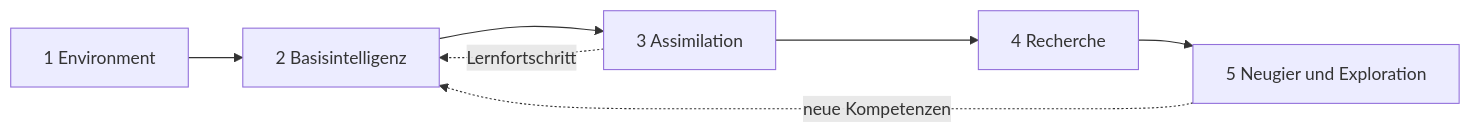
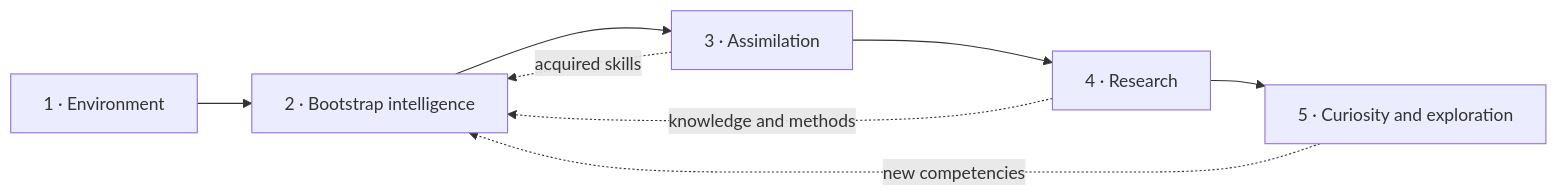
Before and after one commit to Griggelor/VibeWeights: the first of 10 diagrams in README.md, drawn with Mermaid. The commit also changed other lines of this file, not shown here.

Commit message:
docs: expand public research overview, architecture, memory, assimilation and references

````diff
--- a/README.md
+++ b/README.md
@@ -21,9 +46,10 @@
 ```mermaid
 flowchart LR
- E[1 Environment] --> B[2 Basisintelligenz]
- B --> A[3 Assimilation]
- A --> R[4 Recherche]
- R --> N[5 Neugier und Exploration]
- N -. neue Kompetenzen .-> B
- A -. Lernfortschritt .-> B
+ E["1 · Environment"] --> B["2 · Bootstrap intelligence"]
+ B --> A["3 · Assimilation"]
+ A --> R["4 · Research"]
+ R --> N["5 · Curiosity and exploration"]
+ A -. acquired skills .-> B
+ R -. knowledge and methods .-> B
+ N -. new competencies .-> B
 ```
````
